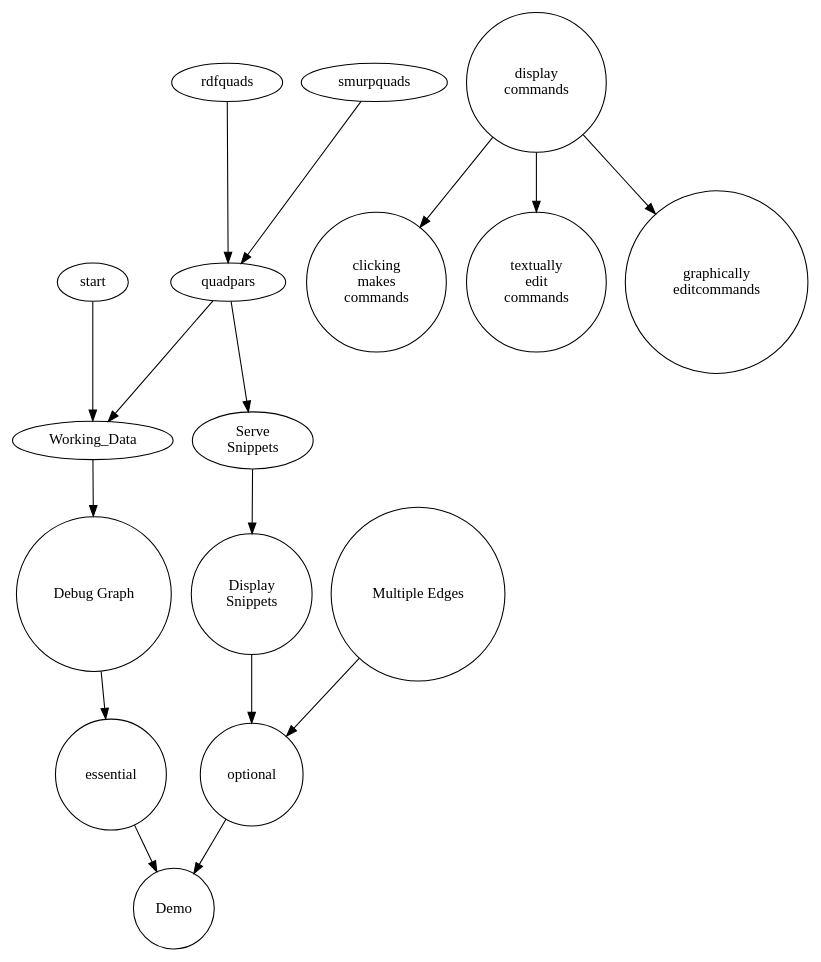
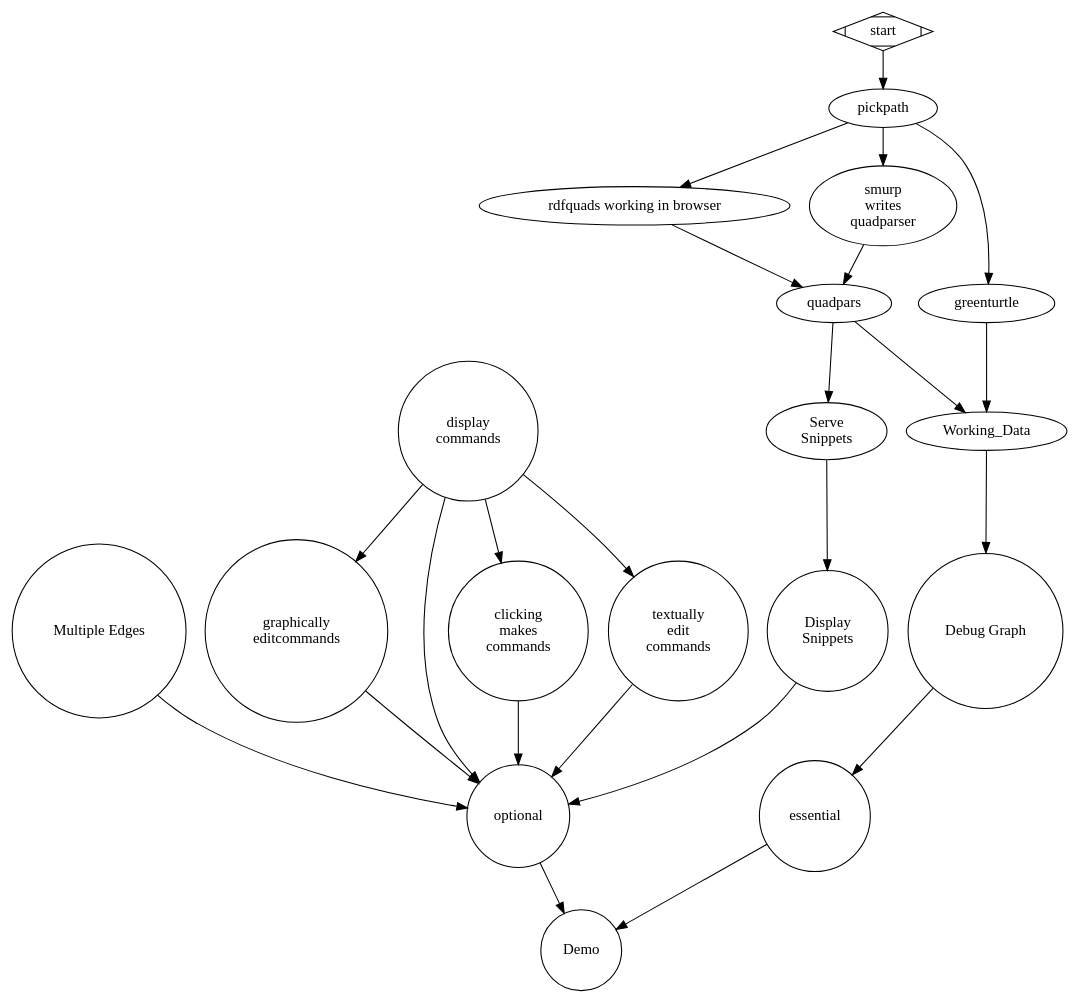
Before and after one commit to smurp/huviz: the diagram in docs/dependencies.dot, drawn with Graphviz.

Commit message:
dependencies fairly true

```diff
--- a/docs/dependencies.dot
+++ b/docs/dependencies.dot
@@ -1,44 +1,70 @@
 /*
 	dot -T svg -o dependencies.svg dependencies.dot 
+
+   See:
+     http://www.graphviz.org/content/cluster
 
    NODE_A   enables   NODE_B;
    serve      ->      display;
 */
 
 digraph huviz_plan {
 	randkdir=LR;
+
+	subgraph qp {
+		 color=lightgrey;
+		 style=filled;
+		 label="NQuad parser";
+		 rdfquads[label="rdfquads working in browser"];
+		 smurpquads[label="smurp\nwrites\nquadparser"];
+		 rdfquads -> quadpars;
+		 smurpquads -> quadpars;
+	}
+
+	greenturtle -> workdata;
+	
 	workdata[label="Working_Data"];
-	start -> workdata;
+	start[shape=Mdiamond];
+	start -> pickpath;
+	pickpath -> smurpquads;
+	pickpath -> rdfquads;
+	pickpath -> greenturtle;
 	quadpars -> workdata;
-	rdfquads -> quadpars;
-	smurpquads -> quadpars;
+
 	quadpars -> servsnip;
 	
+
+
 	node [shape = circle];
 	dg[label="Debug Graph"];
 
 	essential -> Demo;
 	optional -> Demo;
 	dispsnip -> optional;
 	
 	workdata -> dg;
 
 	servsnip -> dispsnip;
 	
 	dispsnip[label="Display\nSnippets"];
     	servsnip[label="Serve\nSnippets"];
 	me[label="Multiple Edges"];
 	dg -> essential;
 	me -> optional;
 	dispcom[label="display\ncommands"];
 
 	clkcom[label="clicking\nmakes\ncommands"];
 	dispcom -> clkcom;
 
 	txtedcom[label="textually\nedit\ncommands"];
         dispcom -> txtedcom;
 
 	gredcom[label="graphically\nedit\commands"];
 	dispcom -> gredcom;
 
+	dispcom -> optional;
+	txtedcom -> optional;
+	gredcom -> optional;
+	clkcom -> optional;
+
 }
```
